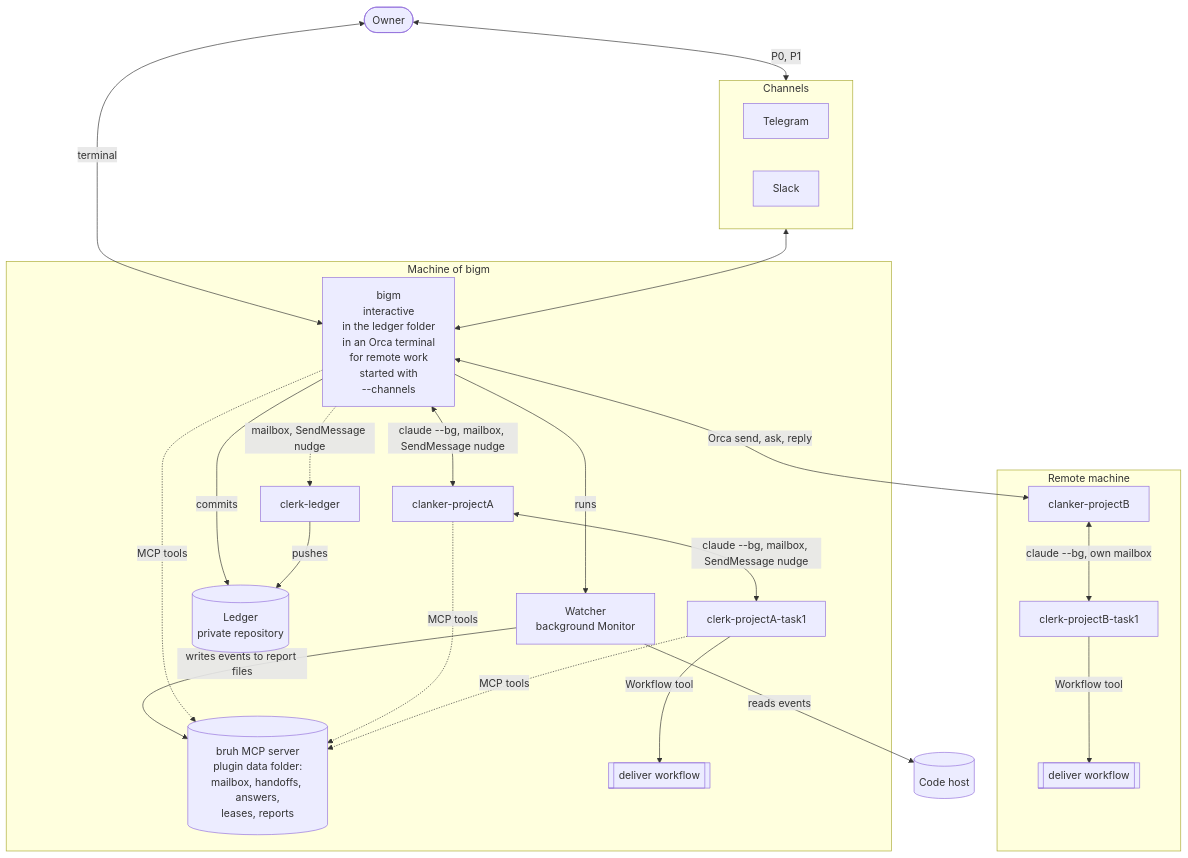
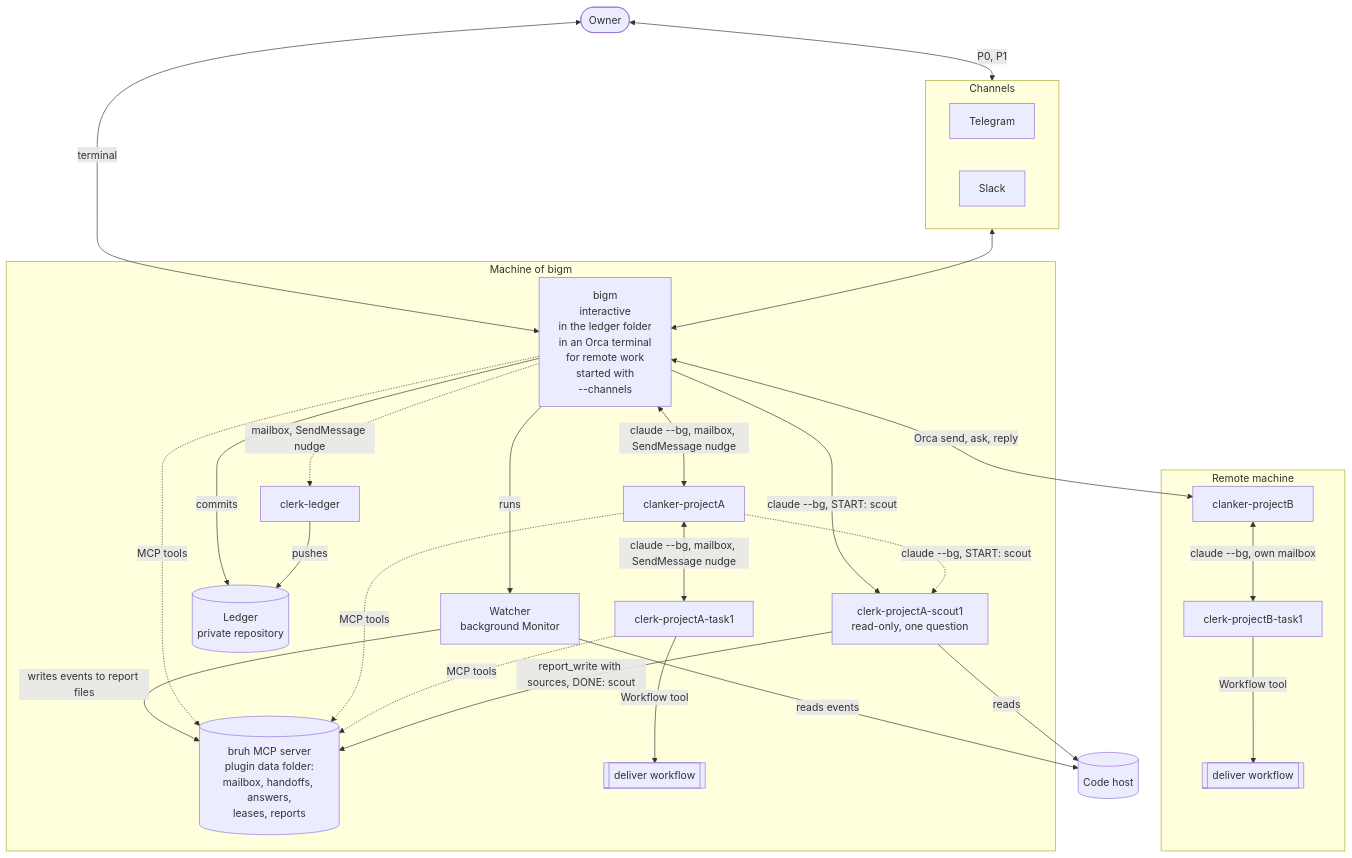
One commit to oter/bruh changed the first of 7 diagrams in docs/flow.md. Above: the diagram before and after it, drawn with Mermaid. The commit also changed other lines of this file and 17 other files, not shown here.

First line of the commit message:
Add the scout clerk role for read-only info gathering

````diff
--- a/docs/flow.md
+++ b/docs/flow.md
@@ -19,41 +19,46 @@
 ```mermaid
 flowchart TB
     owner([Owner])
     subgraph chans["Channels"]
         tg["Telegram"]
         sl["Slack"]
     end
     host[("Code host")]
     subgraph local["Machine of bigm"]
         bigm["bigm<br/>interactive<br/>in the ledger folder<br/>in an Orca terminal<br/>for remote work<br/>started with<br/>--channels"]
         watcher["Watcher<br/>background Monitor"]
         ledger[("Ledger<br/>private repository")]
         cl["clerk-ledger"]
         mcp[("bruh MCP server<br/>plugin data folder:<br/>mailbox, handoffs, answers,<br/>leases, reports")]
         c1["clanker-projectA"]
         k1["clerk-projectA-task1"]
+        s1["clerk-projectA-scout1<br/>read-only, one question"]
         w1[["deliver workflow"]]
     end
     subgraph remote["Remote machine"]
         c2["clanker-projectB"]
         k2["clerk-projectB-task1"]
         w2[["deliver workflow"]]
     end
     owner <-->|terminal| bigm
     owner <-->|"P0, P1"| chans
     chans <--> bigm
     bigm -->|commits| ledger
     cl -->|pushes| ledger
     bigm -->|runs| watcher
     watcher -->|reads events| host
     watcher -->|writes events to report files| mcp
     bigm <-->|"claude --bg, mailbox, SendMessage nudge"| c1
     c1 <-->|"claude --bg, mailbox, SendMessage nudge"| k1
     bigm -.->|"mailbox, SendMessage nudge"| cl
     bigm -.->|MCP tools| mcp
     c1 & k1 -.->|MCP tools| mcp
     k1 -->|Workflow tool| w1
+    bigm -->|"claude --bg, START: scout"| s1
+    c1 -.->|"claude --bg, START: scout"| s1
+    s1 -->|"reads"| host
+    s1 -->|"report_write with sources, DONE: scout"| mcp
     bigm <-->|"Orca send, ask, reply"| c2
     c2 <-->|"claude --bg, own mailbox"| k2
     k2 -->|Workflow tool| w2
 ```
````
